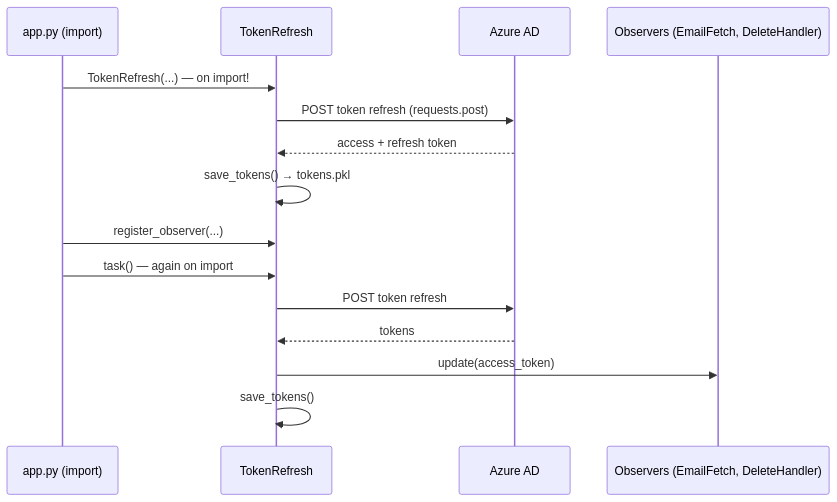
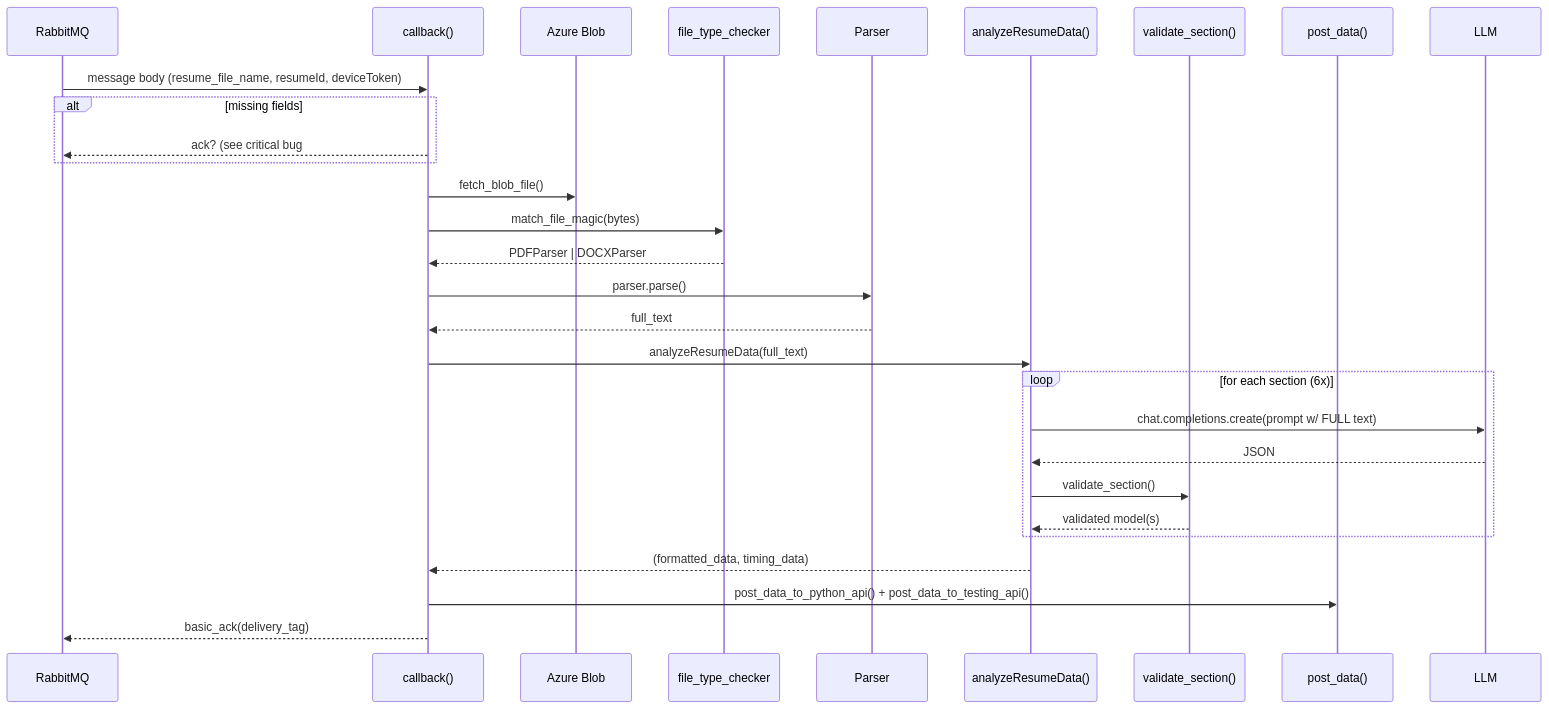
One commit to niveshcynoteck/Skill-library changed the second of 3 diagrams in sample_code_analysis/analysis_report_of_inbox_curator.md. Above: the diagram before and after it, drawn with Mermaid. The commit also changed other lines of this file and 64 other files, not shown here.

````diff
--- a/sample_code_analysis/analysis_report_of_inbox_curator.md
+++ b/sample_code_analysis/analysis_report_of_inbox_curator.md
@@ -78,17 +106,31 @@
 ```mermaid
 sequenceDiagram
-    participant App as app.py (import)
-    participant TR as TokenRefresh
-    participant AAD as Azure AD
-    participant Obs as Observers (EmailFetch, DeleteHandler)
-    App->>TR: TokenRefresh(...) — on import!
-    TR->>AAD: POST token refresh (requests.post)
-    AAD-->>TR: access + refresh token
-    TR->>TR: save_tokens() → tokens.pkl
-    App->>TR: register_observer(...)
-    App->>TR: task() — again on import
-    TR->>AAD: POST token refresh
-    AAD-->>TR: tokens
-    TR->>Obs: update(access_token)
-    TR->>TR: save_tokens()
+    participant Q as RabbitMQ
+    participant W as callback()
+    participant B as Azure Blob
+    participant FT as file_type_checker
+    participant P as Parser
+    participant AI as analyzeResumeData()
+    participant V as validate_section()
+    participant API as post_data()
+
+    Q->>W: message body (resume_file_name, resumeId, deviceToken)
+    alt missing fields
+        W-->>Q: ack? (see critical bug #2)
+    end
+    W->>B: fetch_blob_file()
+    W->>FT: match_file_magic(bytes)
+    FT-->>W: PDFParser | DOCXParser
+    W->>P: parser.parse()
+    P-->>W: full_text
+    W->>AI: analyzeResumeData(full_text)
+    loop for each section (6x)
+        AI->>LLM: chat.completions.create(prompt w/ FULL text)
+        LLM-->>AI: JSON
+        AI->>V: validate_section()
+        V-->>AI: validated model(s)
+    end
+    AI-->>W: (formatted_data, timing_data)
+    W->>API: post_data_to_python_api() + post_data_to_testing_api()
+    W-->>Q: basic_ack(delivery_tag)
 ```
````
